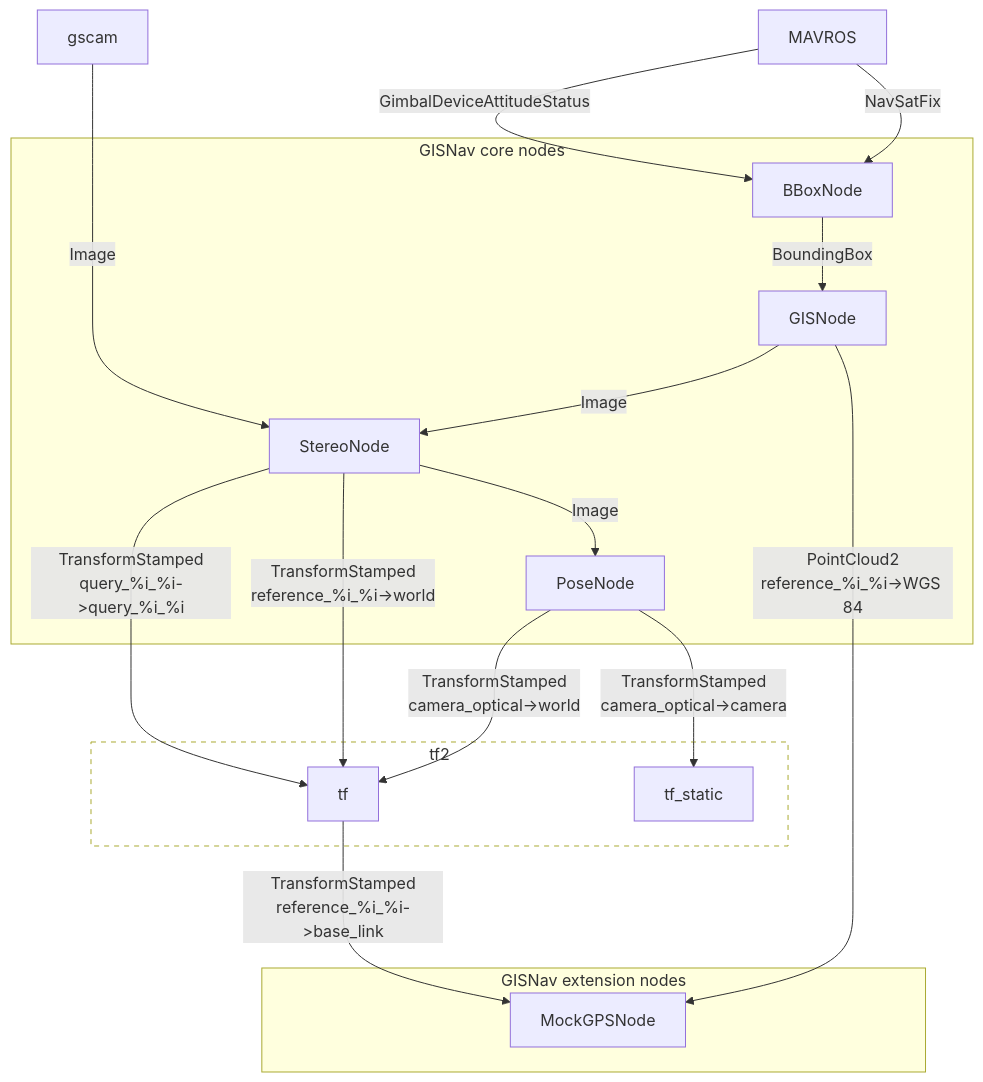
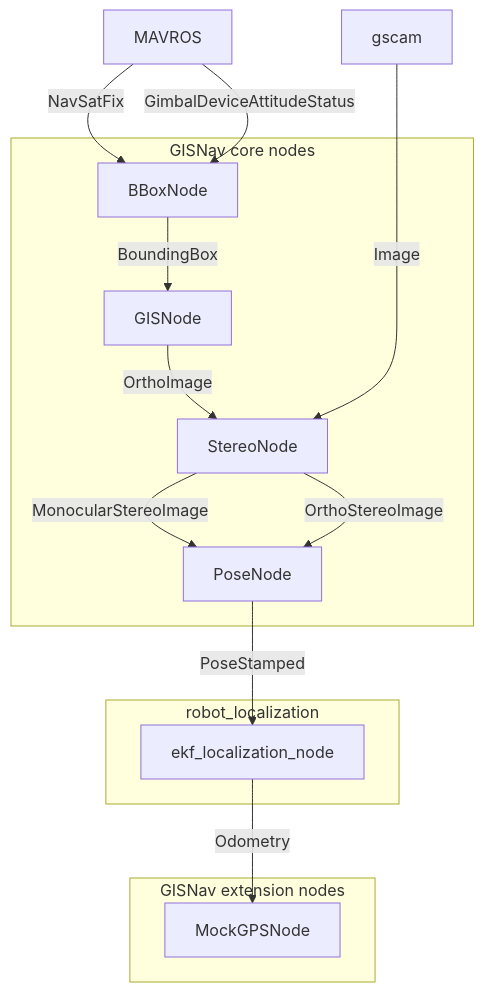
The diagram in docs/pages/developer_guide/integration/ros_messaging.rst (hmakelin/gisnav), drawn with Mermaid before and after one commit. The commit also changed other lines of this file, not shown here.

Commit message:
Update ROS topography diagram and remove obsolete tf transformations tree diagram

```diff
--- a/docs/pages/developer_guide/integration/ros_messaging.rst
+++ b/docs/pages/developer_guide/integration/ros_messaging.rst
@@ -13,34 +13,25 @@
 .. mermaid::
-    :caption: Nodes and published topics
+    :caption: Nodes and published messages
 
     graph TB
         MAVROS -->|"NavSatFix"| BBoxNode
         MAVROS -->|"GimbalDeviceAttitudeStatus"| BBoxNode
 
         subgraph core["GISNav core nodes"]
             BBoxNode -->|"BoundingBox"| GISNode
-            GISNode -->|"Image"| StereoNode
-            StereoNode -->|"Image"| PoseNode
-        end
-
-        subgraph tf2
-            tf["tf"]
-            tf_static["tf_static"]
+            GISNode -->|"OrthoImage"| StereoNode
+            StereoNode -->|"MonocularStereoImage"| PoseNode
+            StereoNode -->|"OrthoStereoImage"| PoseNode
         end
 
         subgraph extension["GISNav extension nodes"]
             MockGPSNode["MockGPSNode"]
         end
 
+        subgraph robot_localization
+            ekf["ekf_localization_node"] -->|"Odometry"| MockGPSNode
+        end
+
         gscam ---->|"Image"| StereoNode
 
-        GISNode -->|"PointCloud2\nreference_%i_%i->WGS 84"| MockGPSNode
-        tf -->|"TransformStamped\nreference_%i_%i->base_link"| MockGPSNode
-
-        PoseNode -->|"TransformStamped\ncamera_optical->world"| tf
-        PoseNode -->|"TransformStamped\ncamera_optical->camera"| tf_static
-        StereoNode -->|"TransformStamped\nreference_%i_%i->world"| tf
-        StereoNode -->|"TransformStamped\nquery_%i_%i->query_%i_%i"| tf
-
-        classDef tfClass fill:transparent,stroke-dasharray:5 5;
-        class tf2 tfClass
+        PoseNode -->|"PoseStamped"| ekf
```
